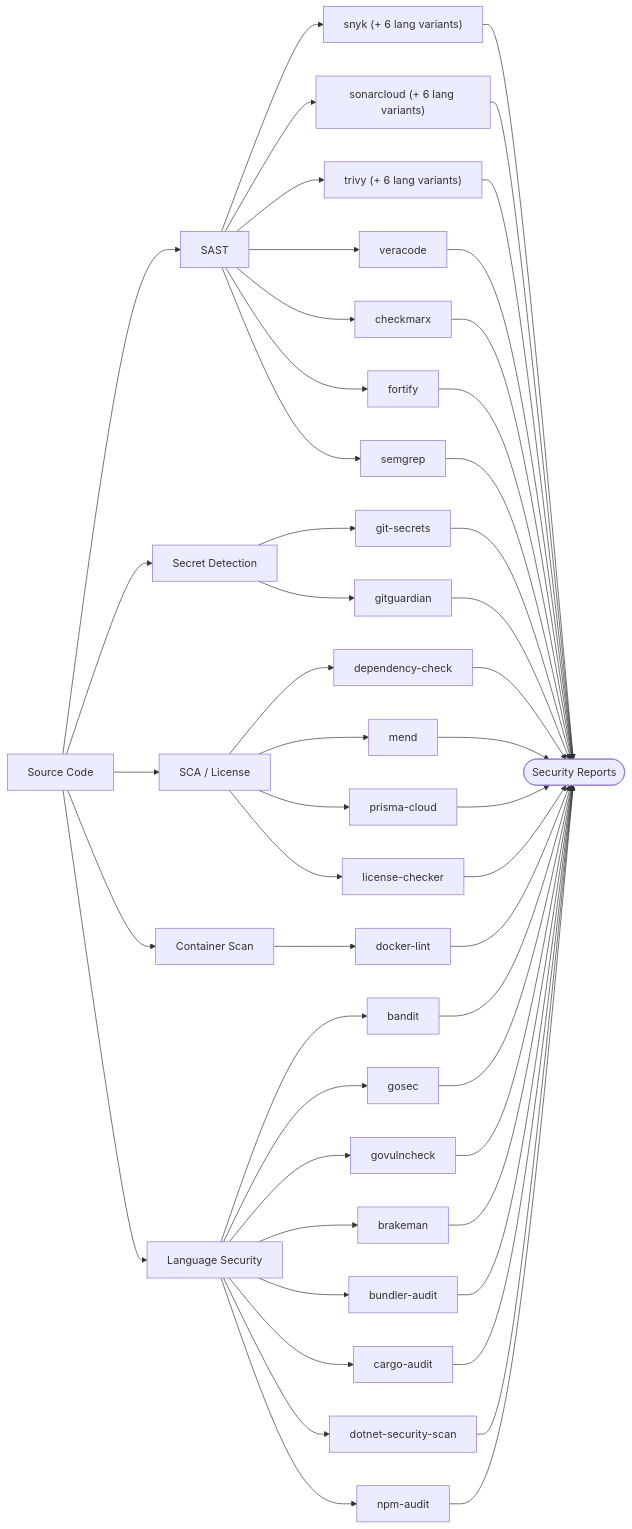
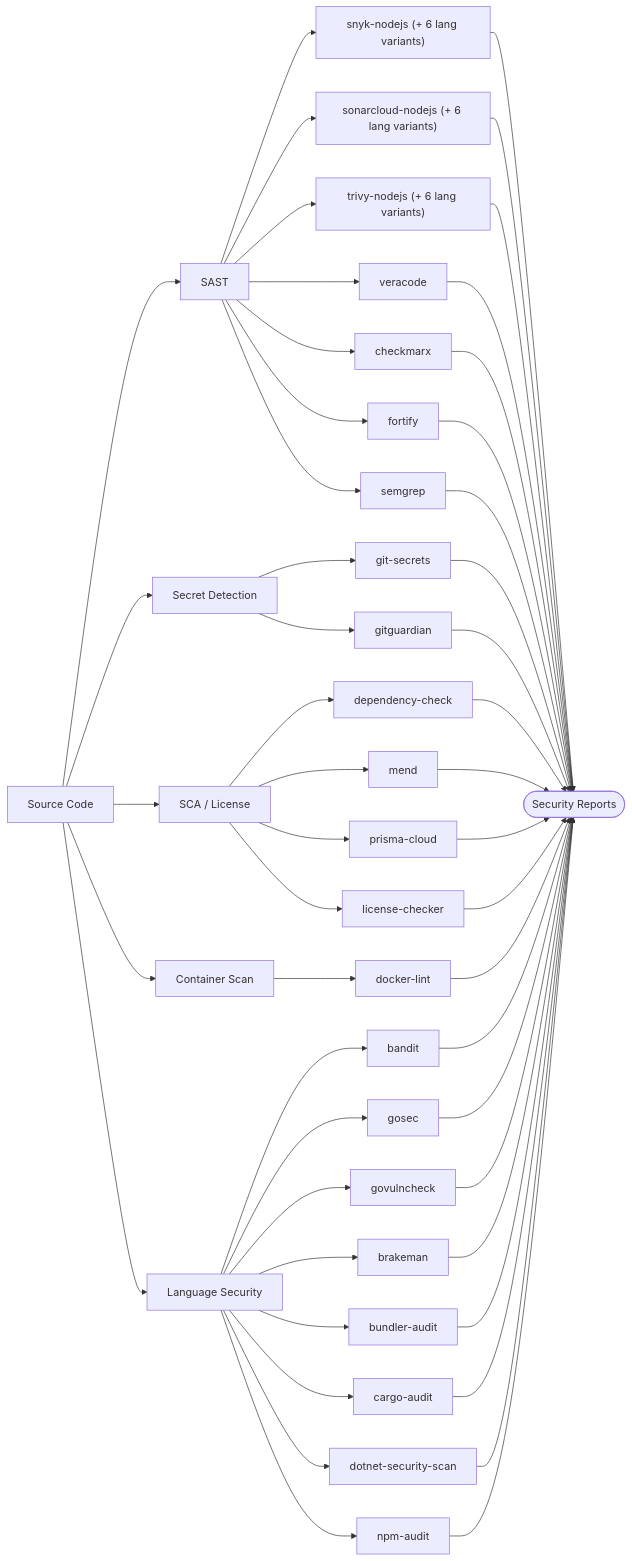
One commit to mwashburn160/pipeline-builder changed the diagram in docs/plugins/security.md. Above: the diagram before and after it, drawn with Mermaid. The commit also changed other lines of this file and 10 other files, not shown here.

````diff
--- a/docs/plugins/security.md
+++ b/docs/plugins/security.md
@@ -5,31 +5,31 @@
 ```mermaid
 flowchart LR
     Code[Source Code] --> SAST[SAST]
     Code --> Secrets[Secret Detection]
     Code --> SCA[SCA / License]
     Code --> Container[Container Scan]
     Code --> LangSec[Language Security]
 
-    SAST --> snyk["snyk (+ 6 lang variants)"]
-    SAST --> sonarcloud["sonarcloud (+ 6 lang variants)"]
-    SAST --> trivy["trivy (+ 6 lang variants)"]
+    SAST --> snyk-nodejs["snyk-nodejs (+ 6 lang variants)"]
+    SAST --> sonarcloud-nodejs["sonarcloud-nodejs (+ 6 lang variants)"]
+    SAST --> trivy-nodejs["trivy-nodejs (+ 6 lang variants)"]
     SAST --> veracode & checkmarx & fortify
     SAST --> semgrep
 
     Secrets --> git-secrets & gitguardian
 
     SCA --> dependency-check & mend & prisma-cloud
     SCA --> license-checker
 
     Container --> docker-lint
 
     LangSec --> bandit & gosec & govulncheck
     LangSec --> brakeman & bundler-audit & cargo-audit
     LangSec --> dotnet-security-scan & npm-audit
 
-    snyk & sonarcloud & trivy & veracode & checkmarx & fortify & semgrep --> Reports([Security Reports])
+    snyk-nodejs & sonarcloud-nodejs & trivy-nodejs & veracode & checkmarx & fortify & semgrep --> Reports([Security Reports])
     git-secrets & gitguardian --> Reports
     dependency-check & mend & prisma-cloud & license-checker --> Reports
     docker-lint --> Reports
     bandit & gosec & govulncheck & brakeman & bundler-audit & cargo-audit & dotnet-security-scan & npm-audit --> Reports
 ```
````
